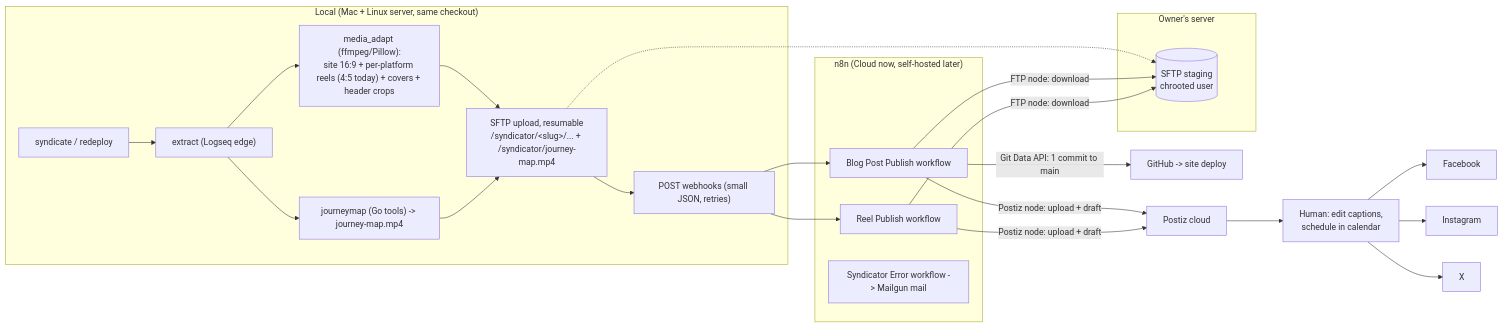
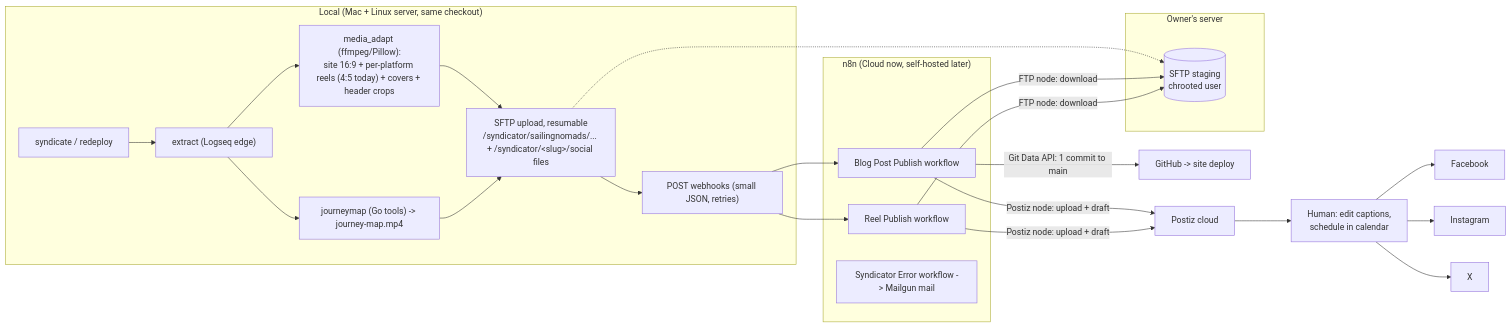
The diagram in docs/n8n-migration.md (bbaumgartner/syndicator), drawn with Mermaid before and after one commit. The commit also changed other lines of this file and 10 other files, not shown here.

First line of the commit message:
Stage Hugo site output under sailingnomads/ on SFTP.

````diff
--- a/docs/n8n-migration.md
+++ b/docs/n8n-migration.md
@@ -80,25 +89,25 @@
 ```mermaid
 flowchart LR
     subgraph Local["Local (Mac + Linux server, same checkout)"]
         M["syndicate / redeploy"] --> X["extract (Logseq edge)"]
         X --> A["media_adapt (ffmpeg/Pillow):\nsite 16:9 + per-platform reels (4:5 today) + covers + header crops"]
         X --> J["journeymap (Go tools) -> journey-map.mp4"]
-        A & J --> U["SFTP upload, resumable\n/syndicator/&lt;slug&gt;/... + /syndicator/journey-map.mp4"]
+        A & J --> U["SFTP upload, resumable\n/syndicator/sailingnomads/... + /syndicator/&lt;slug&gt;/social files"]
         U --> W["POST webhooks (small JSON, retries)"]
     end
     subgraph Server["Owner's server"]
         S[("SFTP staging\nchrooted user")]
     end
     subgraph n8n["n8n (Cloud now, self-hosted later)"]
         WF1["Blog Post Publish workflow"]
         WF2["Reel Publish workflow"]
         WFE["Syndicator Error workflow -> Mailgun mail"]
     end
     U -.-> S
     W --> WF1 & WF2
     WF1 & WF2 -->|"FTP node: download"| S
     WF1 -->|"Git Data API: 1 commit to main"| GH["GitHub -> site deploy"]
     WF1 & WF2 -->|"Postiz node: upload + draft"| PZ["Postiz cloud"]
     PZ --> H["Human: edit captions,\nschedule in calendar"]
     H --> FB["Facebook"] & IG["Instagram"] & XP["X"]
 ```
````
